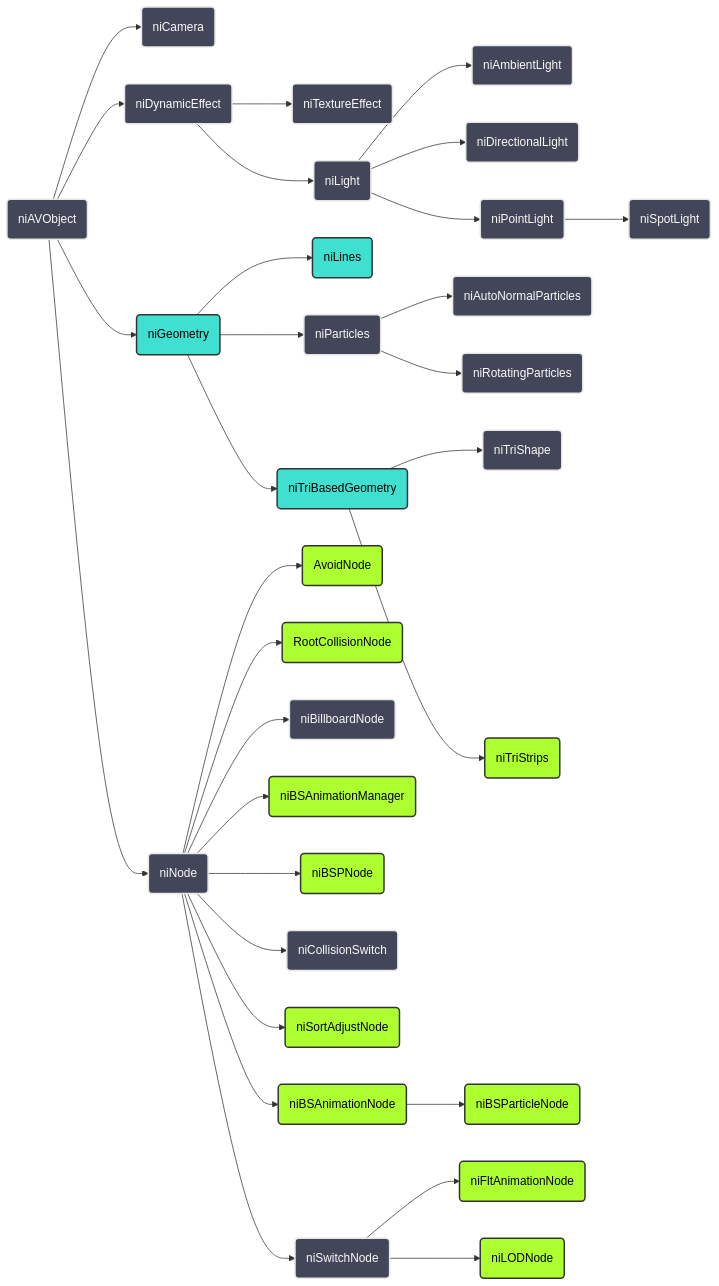
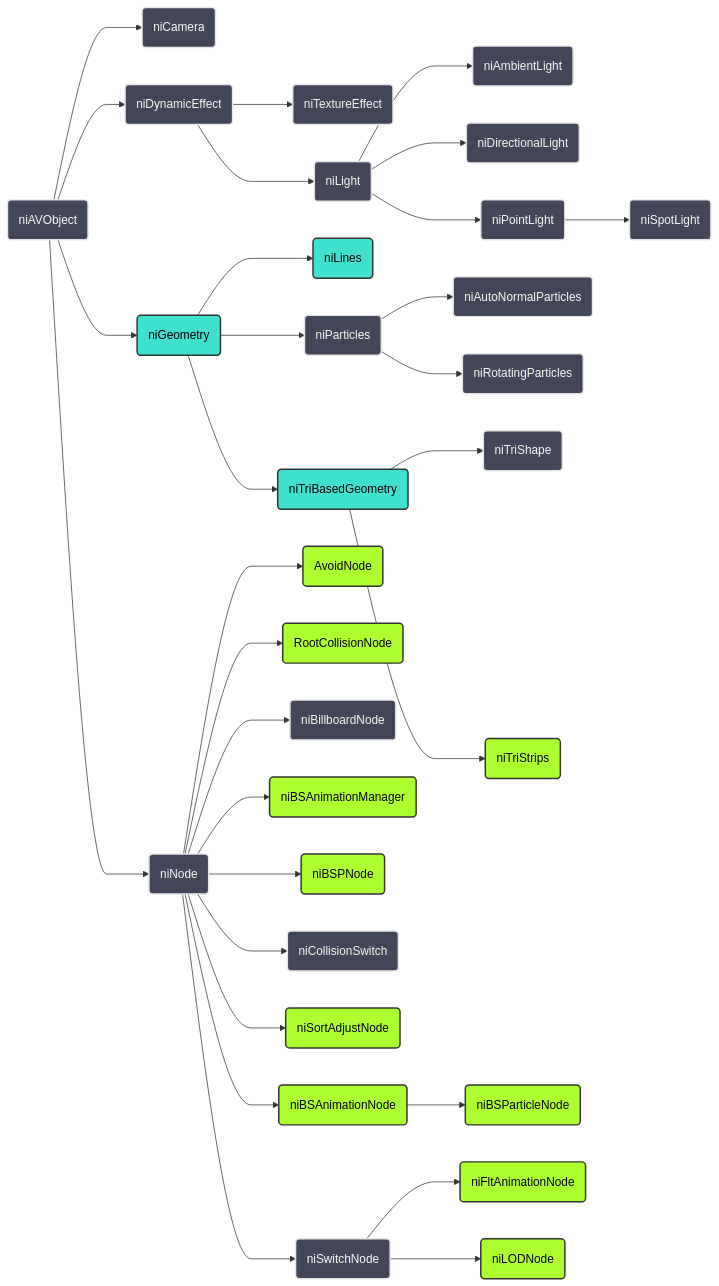
The second of 2 diagrams in docs/source/references/other/ni-class-hierarchy.md (Merzasphor/MWSE), drawn with Mermaid before and after one commit. The commit also changed other lines of this file, not shown here.

Commit message:
Docs: adjustments to the mermaid graphs

````diff
--- a/docs/source/references/other/ni-class-hierarchy.md
+++ b/docs/source/references/other/ni-class-hierarchy.md
@@ -490,47 +361,59 @@
 ```mermaid
+%%{
+    init: {
+        'er': {
+            'diagramPadding': 5,
+            'entityPadding': 5
+        },
+        'flowchart': {
+            'diagramPadding': 2,
+            'curve': 'monotoneX'
+        }
+    }
+}%%
 graph LR
     EA(niAVObject);
 	EA --> EAA(niCamera);
 
 	EA --> EAB(niDynamicEffect);
 		EAB --> EABA(niTextureEffect);
 		EAB --> EABB(niLight);
 			EABB --> EABBA(niAmbientLight);
 			EABB --> EABBB(niDirectionalLight);
 			EABB --> EABBC(niPointLight);
 				EABBC --> EABBCA(niSpotLight);
 
 	EA --> EAC(niGeometry);
 		EAC --> EACA(niLines);
 		EAC --> EACB(niParticles);
 			EACB --> EACBA(niAutoNormalParticles);
 			EACB --> EACBB(niRotatingParticles);
 		EAC --> EACC(niTriBasedGeometry);
 			EACC --> EACCA(niTriShape);
 			EACC --> EACCB(niTriStrips);
 
 	EA --> EAD(niNode);
 		EAD --> EADA(AvoidNode);
 		EAD --> EADB(RootCollisionNode);
 		EAD --> EADC(niBillboardNode);
 		EAD --> EADD(niBSAnimationManager);
 		EAD --> EADE(niBSPNode);
 		EAD --> EADF(niCollisionSwitch);
 		EAD --> EADG(niSortAdjustNode);
 		EAD --> EADH(niBSAnimationNode);
 			EADH --> EADHA(niBSParticleNode);
 		EAD --> EADI(niSwitchNode);
 			EADI --> EADIA(niFltAnimationNode);
 			EADI --> EADIB(niLODNode);
 
 	%% Default style
 	classDef default color: #fafafa, fill:#434659, stroke:#e6e6e6, stroke-width:2px;
 
 	%% Turquoise
 	classDef notExposed color:#000, fill: #40E0D0, stroke: #333, stroke-width: 2px;
-	class DA,EAC,EACA,EACC,EDA,G,HA,HD,HK,Q,R,W notExposed;
+	class EAC,EACA,EACC notExposed;
 
 	%% YellowGreen
 	classDef notResearched color:#000, fill: #ADFF2F, stroke: #333, stroke-width: 2px;
-	class B,BA,BAA,CA,CE,DBA,DCAA,DCB,EACCB,EADA,EADB,EADD,EADE,EADG,EADH,EADHA,EADIA,EADIB,EBB,EBE,EBF,EBG,EBK,EC,EDAA,GA,HB,HBA,HBB,HE,HG,HH,HHA,HIA,HJ,HL,I,K,L,N,O,X notResearched;
+	class EACCB,EADA,EADB,EADD,EADE,EADG,EADH,EADHA,EADIA,EADIB notResearched;
 ```
````
